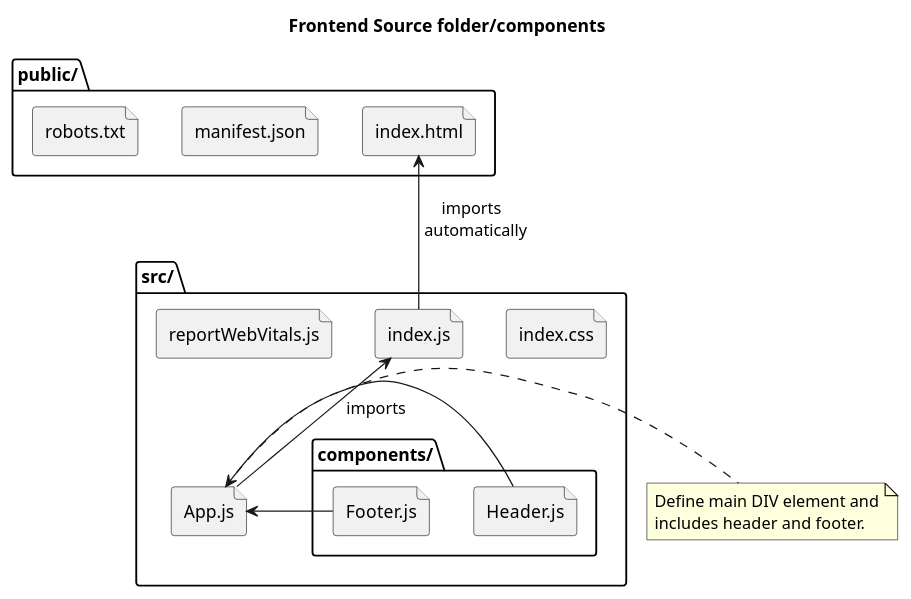
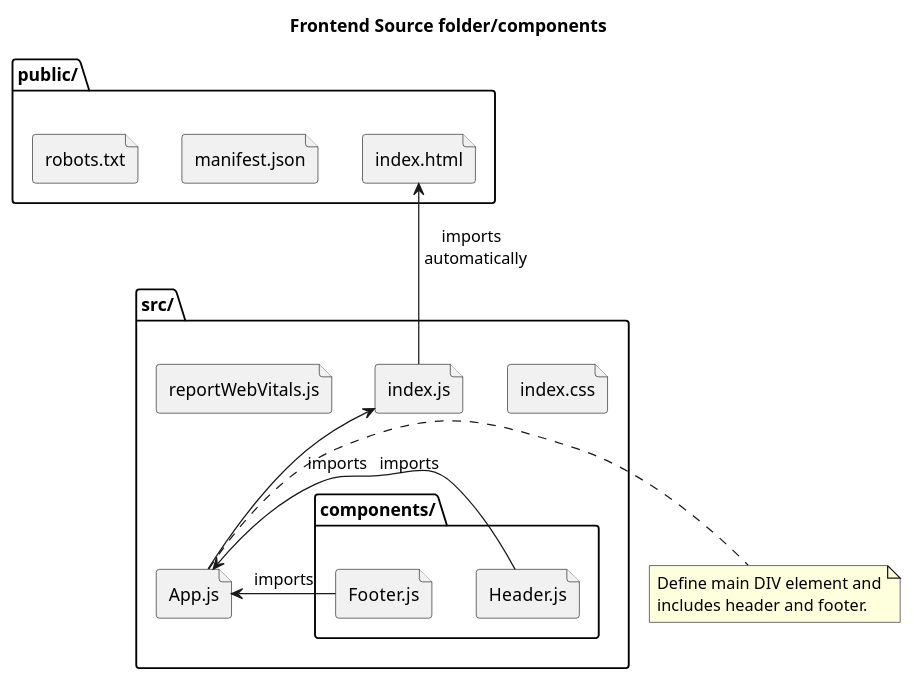
The third of 6 diagrams in documentation/frontend.puml (DavidHartman-Personal/djangoProject), drawn with PlantUML before and after one commit. The commit also changed other lines of this file and 10 other files, not shown here.

```diff
--- a/documentation/frontend.puml
+++ b/documentation/frontend.puml
@@ -52,31 +54,32 @@
 @startuml
 
 Title Frontend Source folder/components
 
 folder "public/" as public_folder {
   file index.html as index
   file manifest.json as manifest
   file robots.txt as robots
 }
 
 package "src/" as source_folder {
   file App.js as App.js
   file index.css as index.css
   file index.js as index.js
   package "components/" as components_folder {
      file Header.js as Header.js
      file Footer.js as Footer.js
   }
   file reportWebVitals.js as reportWebVitals.js
 }
 
 note right of App.js
   Define main DIV element and
   includes header and footer.
 end note
 
-App.js <-l- Header.js
-App.js <-d- Footer.js
+' diagram/relationship logic below
+App.js <-l- Header.js: imports
+App.js <-d- Footer.js: imports
 index <-- index.js : imports \n automatically
 index.js <-- App.js : imports
 @enduml
```
